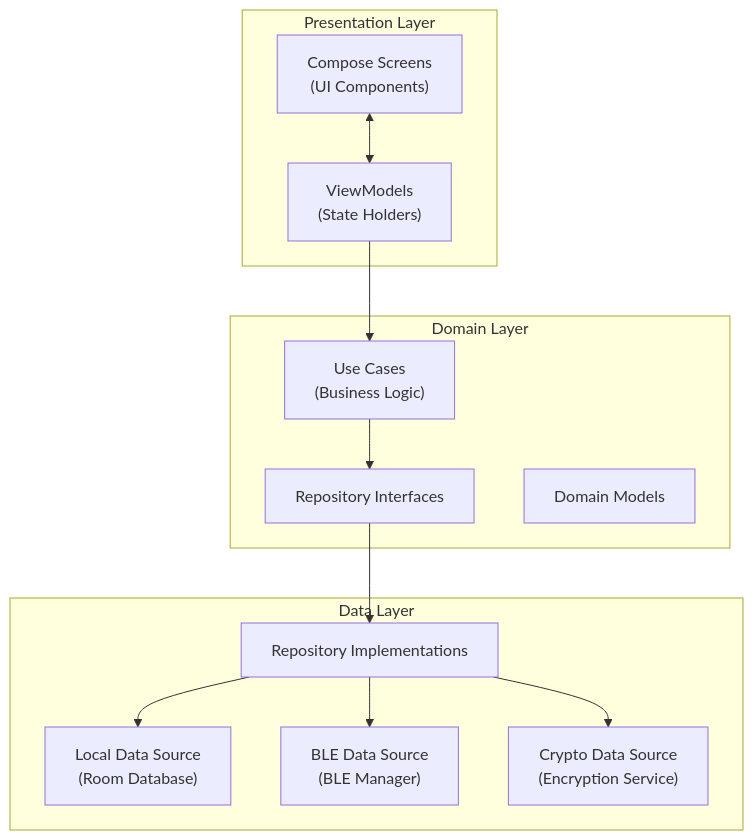
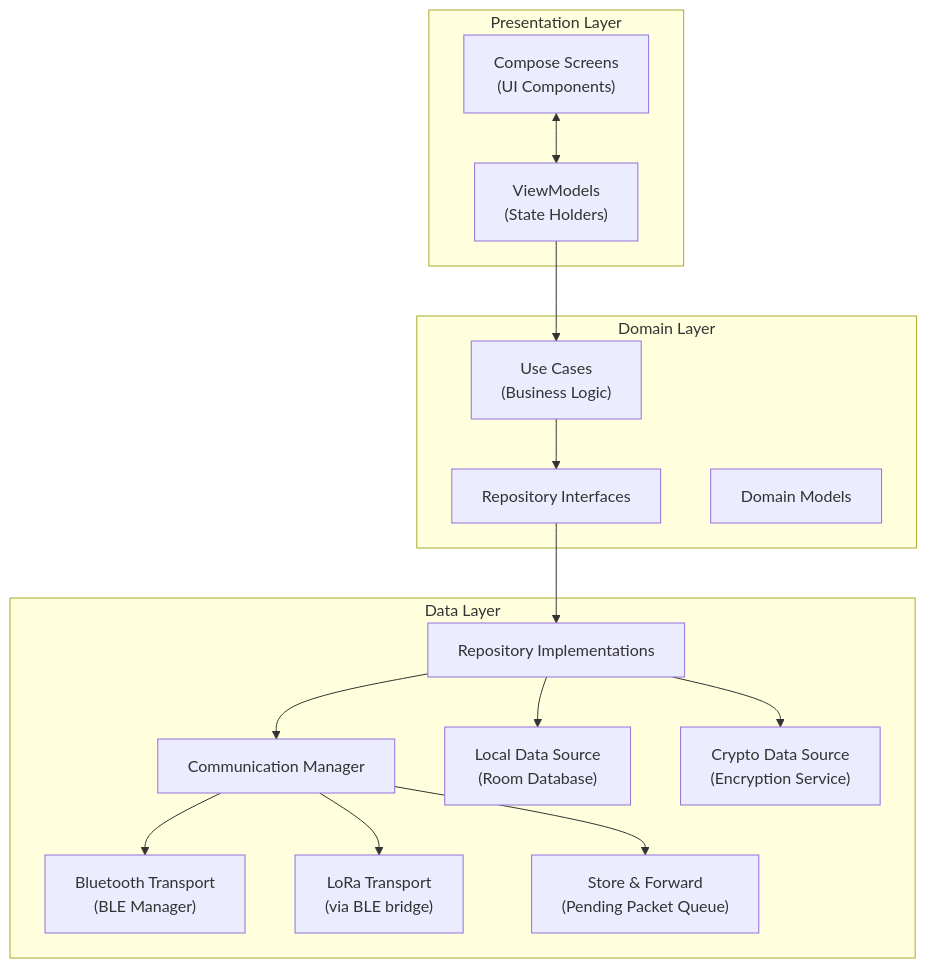
Before and after one commit to akramhossain-dev/Secure-Offline-Mesh-Messenger: the first of 3 diagrams in docs/app/app-architecture.md, drawn with Mermaid. The commit also changed other lines of this file and 40 other files, not shown here.

Commit message:
docs: add comprehensive project documentation covering security, communication protocols, hardware, testing, and development roadmaps

````diff
--- a/docs/app/app-architecture.md
+++ b/docs/app/app-architecture.md
@@ -14,28 +14,34 @@
 ```mermaid
 graph TD
     subgraph Presentation["Presentation Layer"]
         UI["Compose Screens\n(UI Components)"]
         VM["ViewModels\n(State Holders)"]
     end
 
     subgraph Domain["Domain Layer"]
         UC["Use Cases\n(Business Logic)"]
         REPO_I["Repository Interfaces"]
         MODEL["Domain Models"]
     end
 
     subgraph Data["Data Layer"]
         REPO_IMPL["Repository Implementations"]
+        CM["Communication Manager"]
         LOCAL["Local Data Source\n(Room Database)"]
-        BLE["BLE Data Source\n(BLE Manager)"]
+        BLE["Bluetooth Transport\n(BLE Manager)"]
+        LORA["LoRa Transport\n(via BLE bridge)"]
+        SF["Store & Forward\n(Pending Packet Queue)"]
         CRYPTO["Crypto Data Source\n(Encryption Service)"]
     end
 
     UI <--> VM
     VM --> UC
     UC --> REPO_I
     REPO_I --> REPO_IMPL
+    REPO_IMPL --> CM
     REPO_IMPL --> LOCAL
-    REPO_IMPL --> BLE
+    CM --> BLE
+    CM --> LORA
+    CM --> SF
     REPO_IMPL --> CRYPTO
 ```
````
